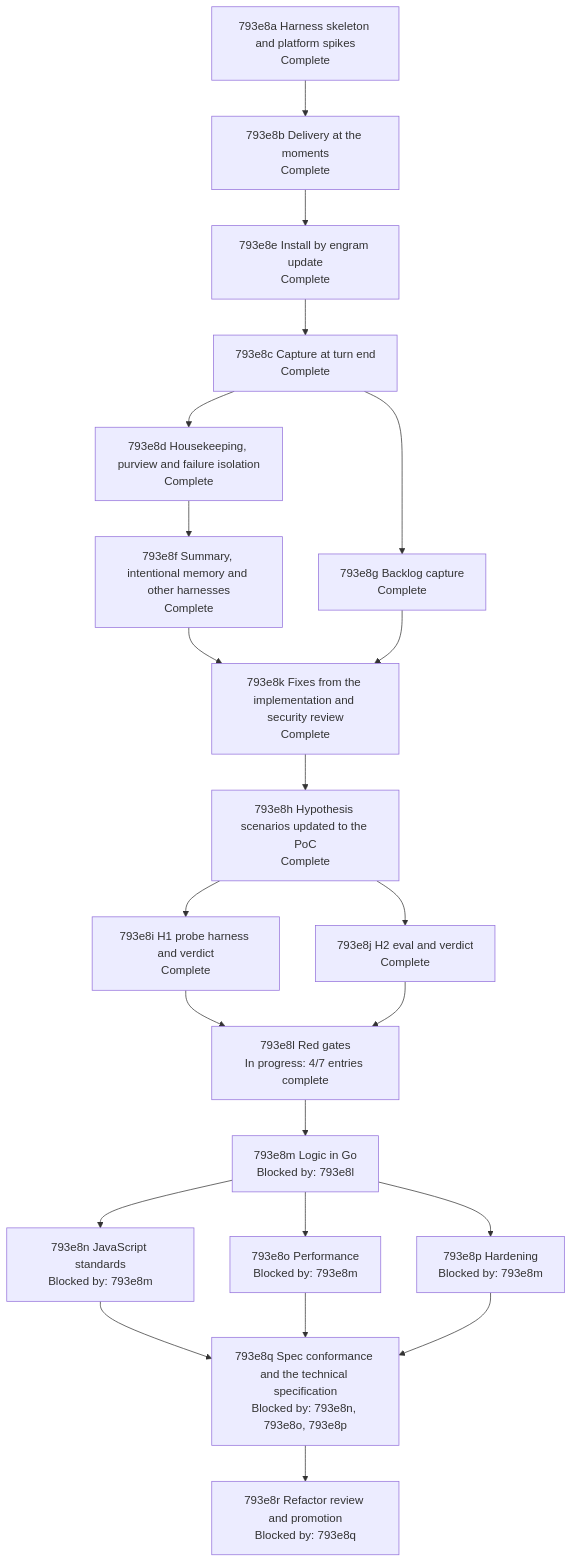
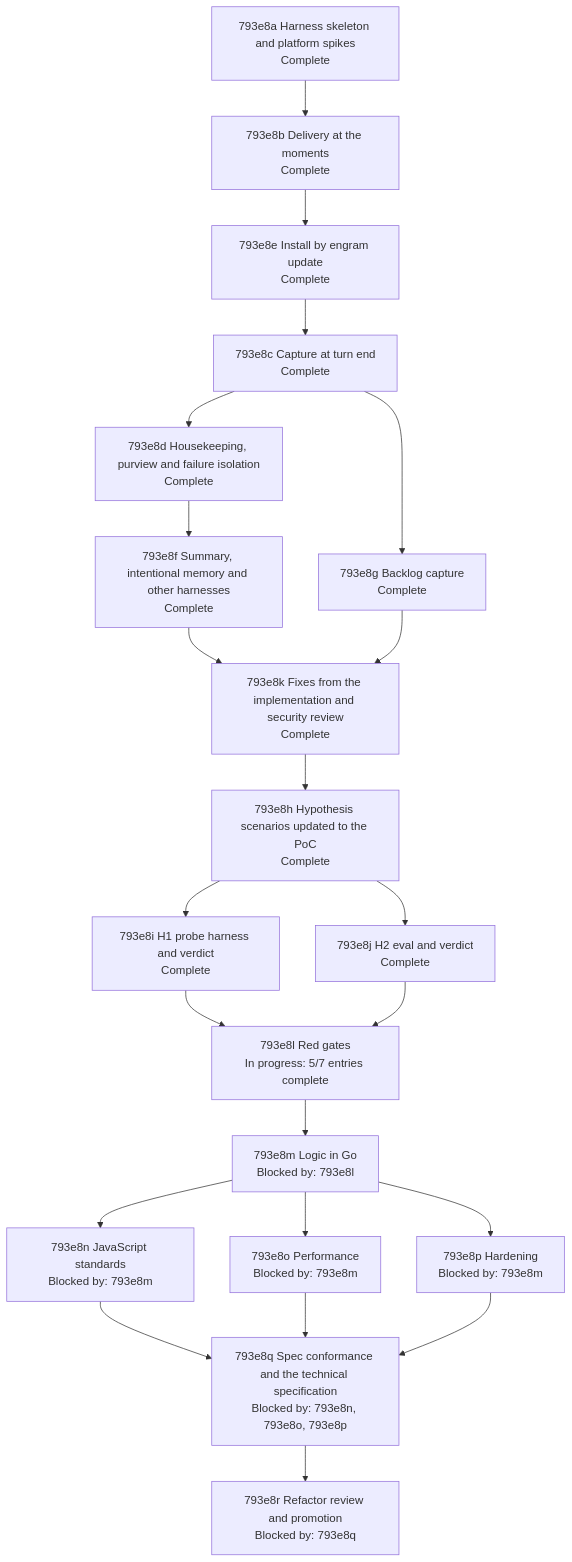
Before and after one commit to toejough/engram: the diagram in docs/changes/793_parallel-memory-agent/793e_implementation-plan.md, drawn with Mermaid. The commit also changed other lines of this file and 2 other files, not shown here.

First line of the commit message:
test(793-refactor): red gate — hardening

````diff
--- a/docs/changes/793_parallel-memory-agent/793e_implementation-plan.md
+++ b/docs/changes/793_parallel-memory-agent/793e_implementation-plan.md
@@ -219,40 +219,40 @@
 ```mermaid
 flowchart TD
   n793e8a["793e8a Harness skeleton and platform spikes<br/>Complete"]
   n793e8b["793e8b Delivery at the moments<br/>Complete"]
   n793e8e["793e8e Install by engram update<br/>Complete"]
   n793e8c["793e8c Capture at turn end<br/>Complete"]
   n793e8d["793e8d Housekeeping, purview and failure isolation<br/>Complete"]
   n793e8g["793e8g Backlog capture<br/>Complete"]
   n793e8f["793e8f Summary, intentional memory and other harnesses<br/>Complete"]
   n793e8k["793e8k Fixes from the implementation and security review<br/>Complete"]
   n793e8h["793e8h Hypothesis scenarios updated to the PoC<br/>Complete"]
   n793e8i["793e8i H1 probe harness and verdict<br/>Complete"]
   n793e8j["793e8j H2 eval and verdict<br/>Complete"]
-  n793e8l["793e8l Red gates<br/>In progress: 4/7 entries complete"]
+  n793e8l["793e8l Red gates<br/>In progress: 5/7 entries complete"]
   n793e8m["793e8m Logic in Go<br/>Blocked by: 793e8l"]
   n793e8n["793e8n JavaScript standards<br/>Blocked by: 793e8m"]
   n793e8o["793e8o Performance<br/>Blocked by: 793e8m"]
   n793e8p["793e8p Hardening<br/>Blocked by: 793e8m"]
   n793e8q["793e8q Spec conformance and the technical specification<br/>Blocked by: 793e8n, 793e8o, 793e8p"]
   n793e8r["793e8r Refactor review and promotion<br/>Blocked by: 793e8q"]
   n793e8a --> n793e8b --> n793e8e --> n793e8c
   n793e8c --> n793e8d
   n793e8c --> n793e8g
   n793e8d --> n793e8f
   n793e8f --> n793e8k
   n793e8g --> n793e8k
   n793e8k --> n793e8h
   n793e8h --> n793e8i
   n793e8h --> n793e8j
   n793e8i --> n793e8l
   n793e8j --> n793e8l
   n793e8l --> n793e8m
   n793e8m --> n793e8n
   n793e8m --> n793e8o
   n793e8m --> n793e8p
   n793e8n --> n793e8q
   n793e8o --> n793e8q
   n793e8p --> n793e8q
   n793e8q --> n793e8r
 ```
````
